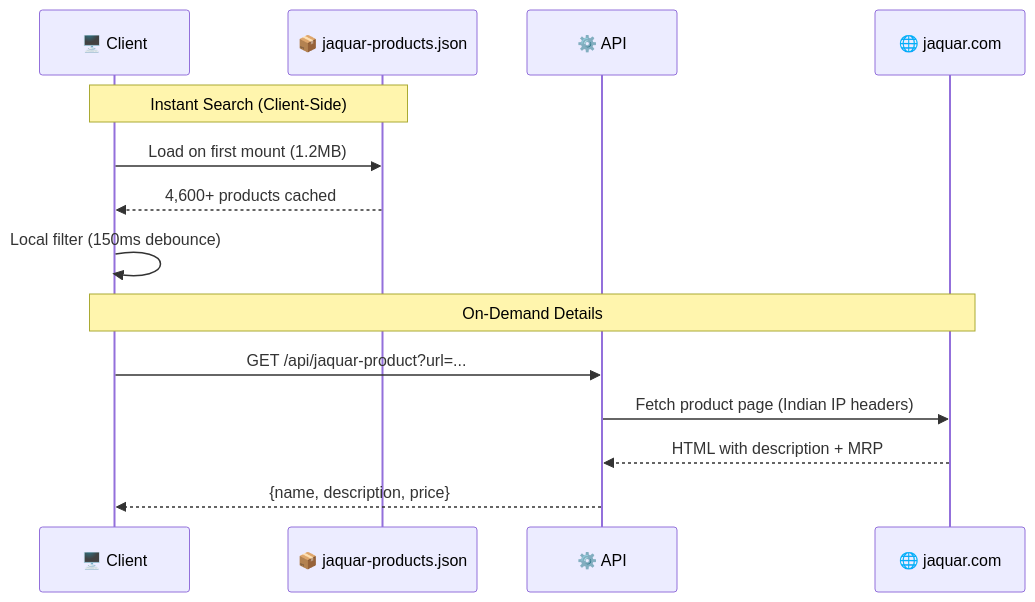
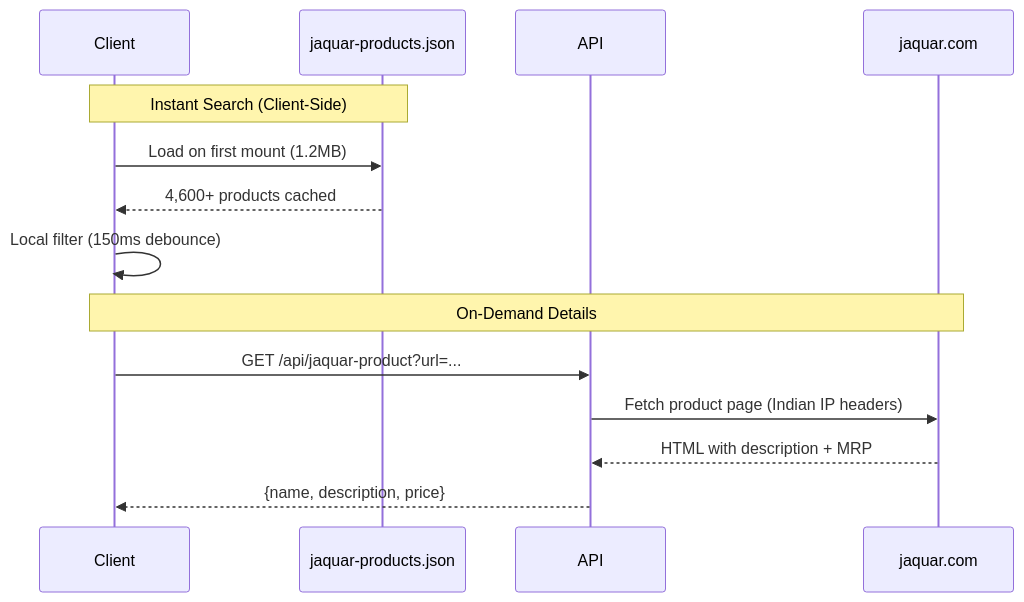
One commit to NICK-FURY-6023/printer-image-generator changed the fifth of 6 diagrams in README.md. Above: the diagram before and after it, drawn with Mermaid. The commit also changed other lines of this file, not shown here.

````diff
--- a/README.md
+++ b/README.md
@@ -430,18 +427,18 @@
 ```mermaid
 sequenceDiagram
-    participant C as 🖥️ Client
-    participant J as 📦 jaquar-products.json
-    participant A as ⚙️ API
-    participant W as 🌐 jaquar.com
+    participant C as Client
+    participant J as jaquar-products.json
+    participant A as API
+    participant W as jaquar.com
 
     Note over C,J: Instant Search (Client-Side)
     C->>J: Load on first mount (1.2MB)
     J-->>C: 4,600+ products cached
     C->>C: Local filter (150ms debounce)
 
     Note over C,W: On-Demand Details
     C->>A: GET /api/jaquar-product?url=...
     A->>W: Fetch product page (Indian IP headers)
     W-->>A: HTML with description + MRP
     A-->>C: {name, description, price}
 ```
````
